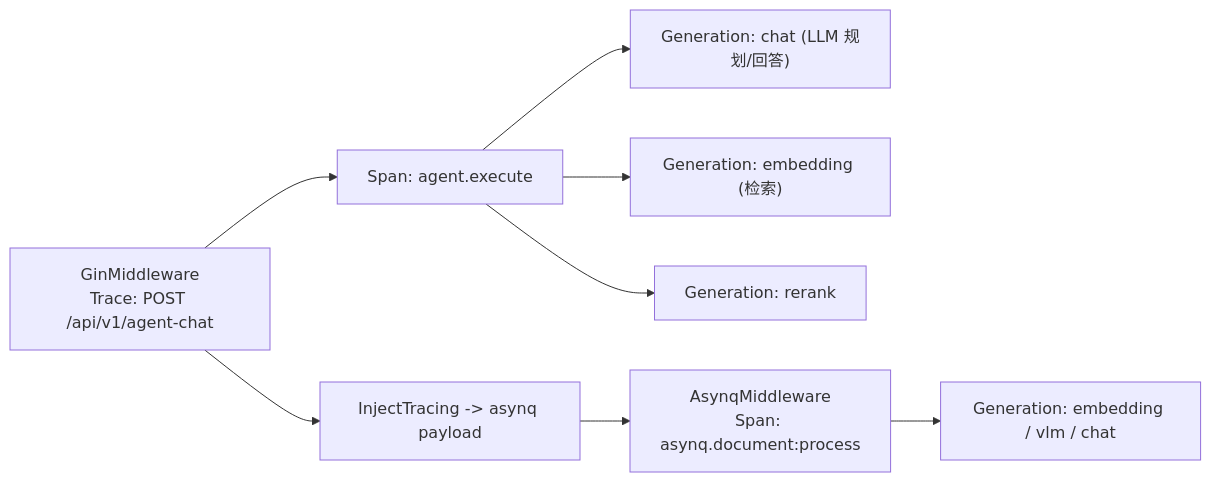
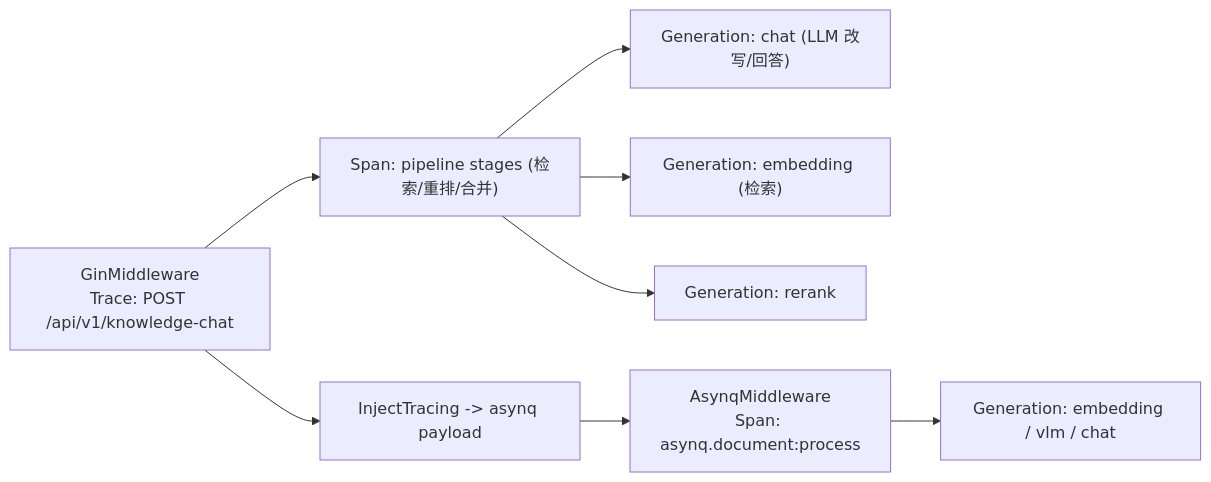
The second of 2 diagrams in website-docs/03-features/16-observability.md (magicyuan876/Yuheng), drawn with Mermaid before and after one commit. The commit also changed other lines of this file and 994 other files, not shown here.

````diff
--- a/website-docs/03-features/16-observability.md
+++ b/website-docs/03-features/16-observability.md
@@ -157,10 +157,10 @@
 ```mermaid
 flowchart LR
-    A["GinMiddleware<br/>Trace: POST /api/v1/agent-chat"] --> B["Span: agent.execute"]
-    B --> C["Generation: chat (LLM 规划/回答)"]
+    A["GinMiddleware<br/>Trace: POST /api/v1/knowledge-chat"] --> B["Span: pipeline stages (检索/重排/合并)"]
+    B --> C["Generation: chat (LLM 改写/回答)"]
     B --> D["Generation: embedding (检索)"]
     B --> E["Generation: rerank"]
     A --> F["InjectTracing -> asynq payload"]
     F --> G["AsynqMiddleware<br/>Span: asynq.document:process"]
     G --> H["Generation: embedding / vlm / chat"]
 ```
````
